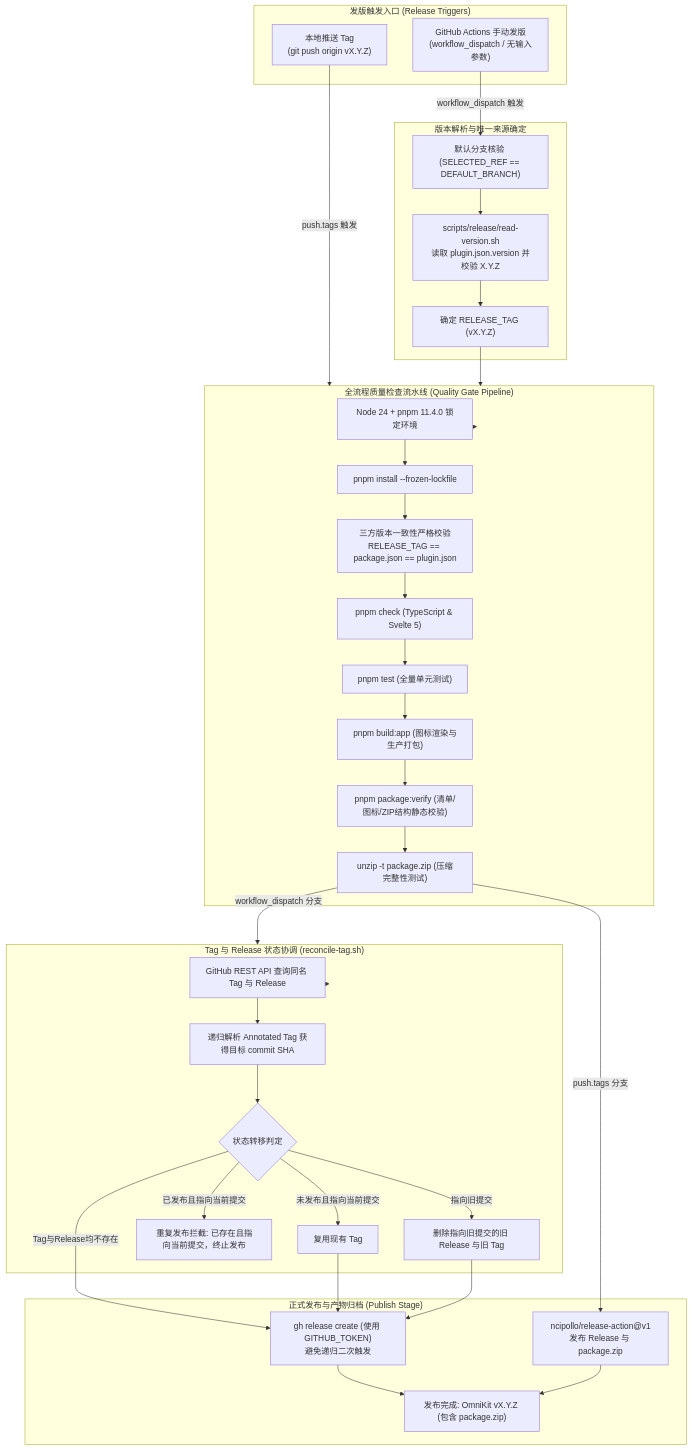
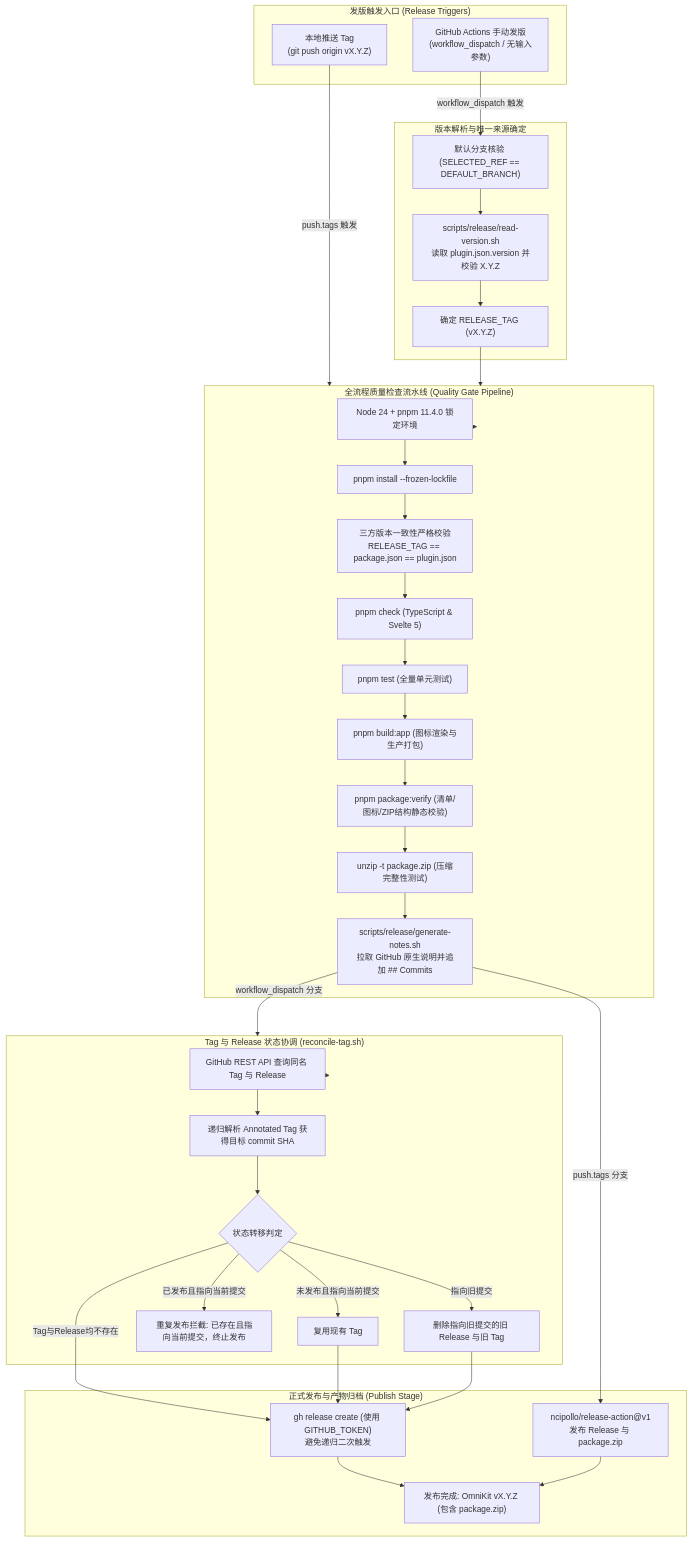
Before and after one commit to Forgo7ten/siyuan-plugin-omnikit: the diagram in docs/ENGINEERING.md, drawn with Mermaid. The commit also changed other lines of this file and 3 other files, not shown here.

First line of the commit message:
ci(release): 在 GitHub 原生发布说明后追加倒序提交列表

````diff
--- a/docs/ENGINEERING.md
+++ b/docs/ENGINEERING.md
@@ -86,71 +88,73 @@
 ```mermaid
 flowchart TD
     subgraph Trigger["发版触发入口 (Release Triggers)"]
         TagPush["本地推送 Tag<br/>(git push origin vX.Y.Z)"]
         ManualDispatch["GitHub Actions 手动发版<br/>(workflow_dispatch / 无输入参数)"]
     end
 
     subgraph VersionResolution["版本解析与唯一来源确定"]
         CheckBranch["默认分支核验 (SELECTED_REF == DEFAULT_BRANCH)"]
         ExtractVersion["scripts/release/read-version.sh<br/>读取 plugin.json.version 并校验 X.Y.Z"]
         ResolvedTag["确定 RELEASE_TAG (vX.Y.Z)"]
     end
 
     subgraph QualityGate["全流程质量检查流水线 (Quality Gate Pipeline)"]
         EnvSetup["Node 24 + pnpm 11.4.0 锁定环境"]
         FrozenInstall["pnpm install --frozen-lockfile"]
         VersionCheck["三方版本一致性严格校验<br/>RELEASE_TAG == package.json == plugin.json"]
         TypeCheck["pnpm check (TypeScript & Svelte 5)"]
         UnitTests["pnpm test (全量单元测试)"]
         BuildApp["pnpm build:app (图标渲染与生产打包)"]
         VerifyPkg["pnpm package:verify (清单/图标/ZIP结构静态校验)"]
         ZipTest["unzip -t package.zip (压缩完整性测试)"]
+        GenNotes["scripts/release/generate-notes.sh<br/>拉取 GitHub 原生说明并追加 ## Commits"]
     end
 
     subgraph ReconcileTag["Tag 与 Release 状态协调 (reconcile-tag.sh)"]
         QueryState["GitHub REST API 查询同名 Tag 与 Release"]
         ResolveCommit["递归解析 Annotated Tag 获得目标 commit SHA"]
         DecideAction{"状态转移判定"}
         ReuseTag["复用现有 Tag"]
         AbortDup["重复发布拦截: 已存在且指向当前提交，终止发布"]
         DeleteOld["删除指向旧提交的旧 Release 与旧 Tag"]
     end
 
     subgraph PublishStage["正式发布与产物归档 (Publish Stage)"]
         GhRelease["gh release create (使用 GITHUB_TOKEN)<br/>避免递归二次触发"]
         NcipolloAction["ncipollo/release-action@v1<br/>发布 Release 与 package.zip"]
         Finish["发布完成: OmniKit vX.Y.Z (包含 package.zip)"]
     end
 
     TagPush -->|push.tags 触发| QualityGate
     ManualDispatch -->|workflow_dispatch 触发| CheckBranch
     CheckBranch --> ExtractVersion
     ExtractVersion --> ResolvedTag
     ResolvedTag --> QualityGate
 
     QualityGate --> EnvSetup
     EnvSetup --> FrozenInstall
     FrozenInstall --> VersionCheck
     VersionCheck --> TypeCheck
     TypeCheck --> UnitTests
     UnitTests --> BuildApp
     BuildApp --> VerifyPkg
     VerifyPkg --> ZipTest
+    ZipTest --> GenNotes
 
-    ZipTest -->|workflow_dispatch 分支| ReconcileTag
-    ZipTest -->|push.tags 分支| NcipolloAction
+    GenNotes -->|workflow_dispatch 分支| ReconcileTag
+    GenNotes -->|push.tags 分支| NcipolloAction
 
     ReconcileTag --> QueryState
     QueryState --> ResolveCommit
     ResolveCommit --> DecideAction
     DecideAction -->|未发布且指向当前提交| ReuseTag
     DecideAction -->|已发布且指向当前提交| AbortDup
     DecideAction -->|指向旧提交| DeleteOld
     DecideAction -->|Tag与Release均不存在| GhRelease
 
     ReuseTag --> GhRelease
     DeleteOld --> GhRelease
 
     GhRelease --> Finish
     NcipolloAction --> Finish
 ```
````
